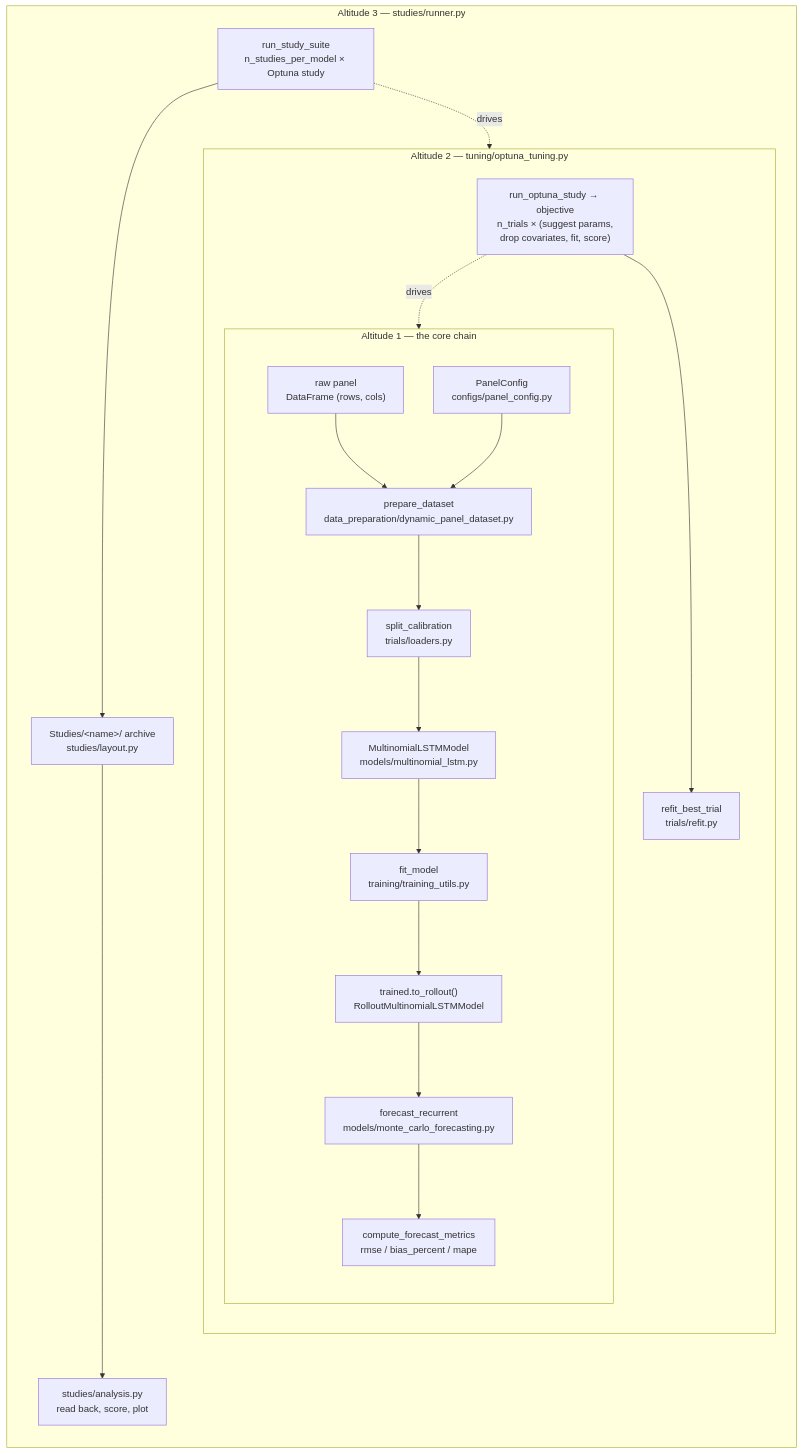
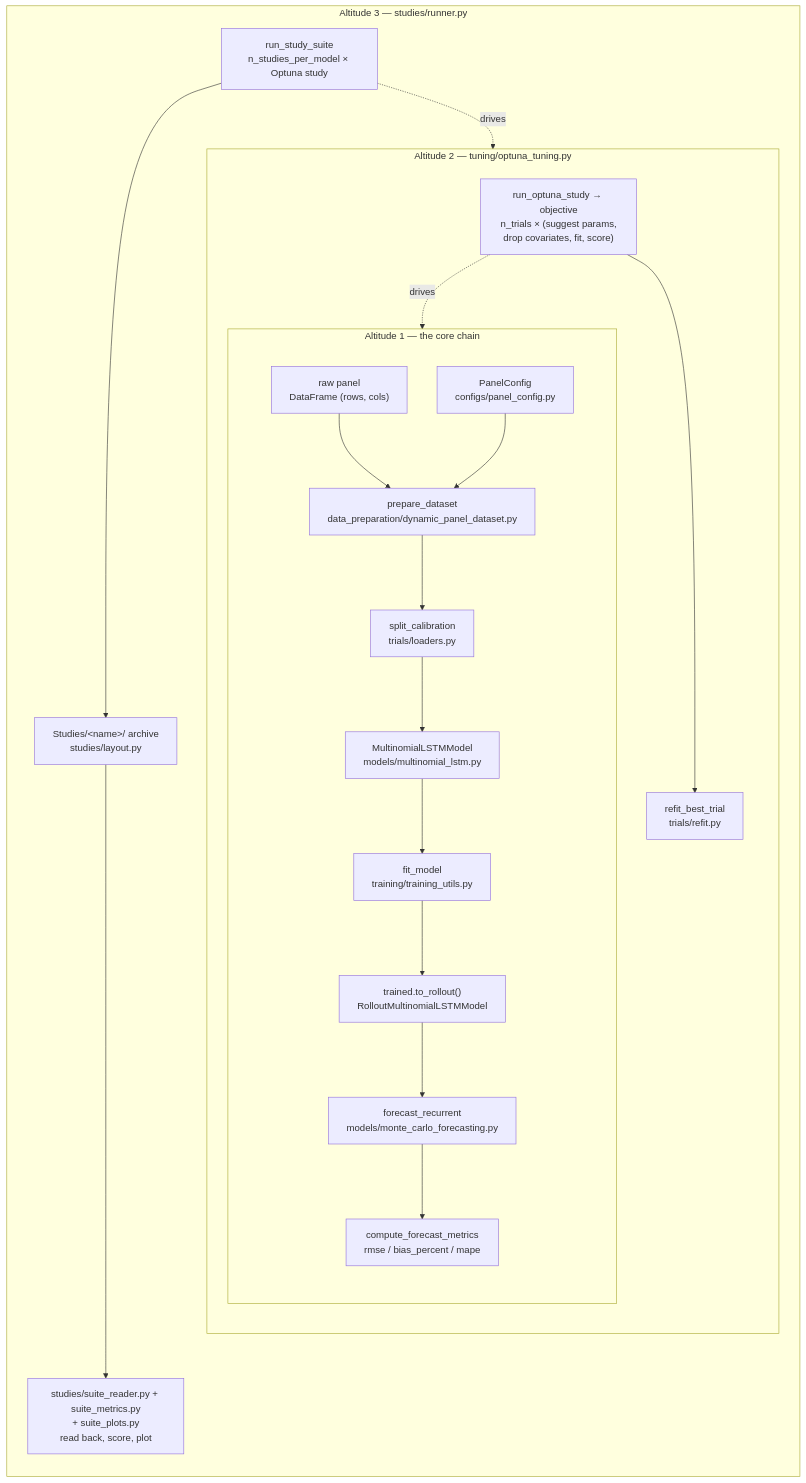
One commit to HuberPablo/panelclv changed the first of 3 diagrams in docs/running-a-model.md. Above: the diagram before and after it, drawn with Mermaid. The commit also changed other lines of this file and 14 other files, not shown here.

First line of the commit message:
Close ticket 09: the suite analysis surface is three modules

````diff
--- a/docs/running-a-model.md
+++ b/docs/running-a-model.md
@@ -49,33 +49,33 @@
 ```mermaid
 flowchart TD
     subgraph A3["Altitude 3 — studies/runner.py"]
         direction TB
         subgraph A2["Altitude 2 — tuning/optuna_tuning.py"]
             direction TB
             subgraph A1["Altitude 1 — the core chain"]
                 direction TB
                 P["raw panel<br/>DataFrame (rows, cols)"]
                 C["PanelConfig<br/>configs/panel_config.py"]
                 D["prepare_dataset<br/>data_preparation/dynamic_panel_dataset.py"]
                 L["split_calibration<br/>trials/loaders.py"]
                 M["MultinomialLSTMModel<br/>models/multinomial_lstm.py"]
                 F["fit_model<br/>training/training_utils.py"]
                 I["trained.to_rollout()<br/>RolloutMultinomialLSTMModel"]
                 R["forecast_recurrent<br/>models/monte_carlo_forecasting.py"]
                 S["compute_forecast_metrics<br/>rmse / bias_percent / mape"]
                 P --> D
                 C --> D
                 D --> L --> M --> F --> I --> R --> S
             end
             O["run_optuna_study → objective<br/>n_trials × (suggest params,<br/>drop covariates, fit, score)"]
             W["refit_best_trial<br/>trials/refit.py"]
             O -.->|"drives"| A1
             O --> W
         end
         SS["run_study_suite<br/>n_studies_per_model × Optuna study"]
         AR["Studies/&lt;name&gt;/ archive<br/>studies/layout.py"]
-        AN["studies/analysis.py<br/>read back, score, plot"]
+        AN["studies/suite_reader.py + suite_metrics.py<br/>+ suite_plots.py<br/>read back, score, plot"]
         SS -.->|"drives"| A2
         SS --> AR --> AN
     end
 ```
````
